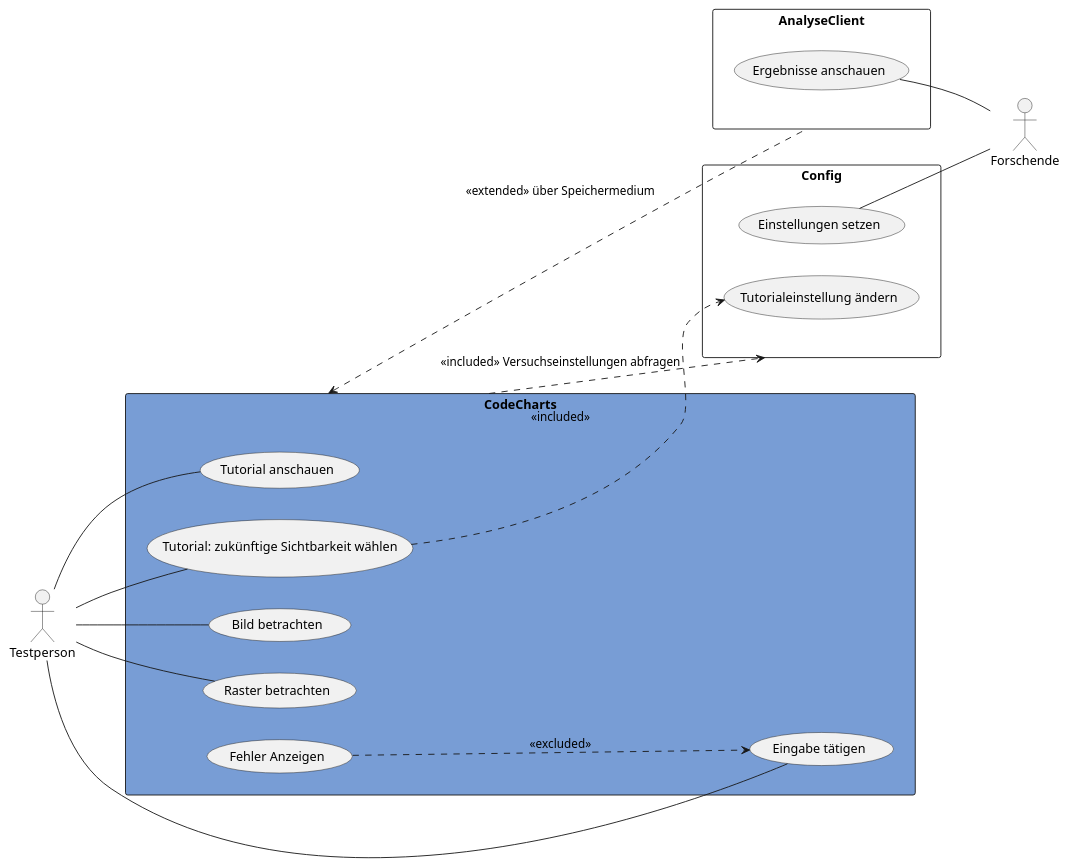
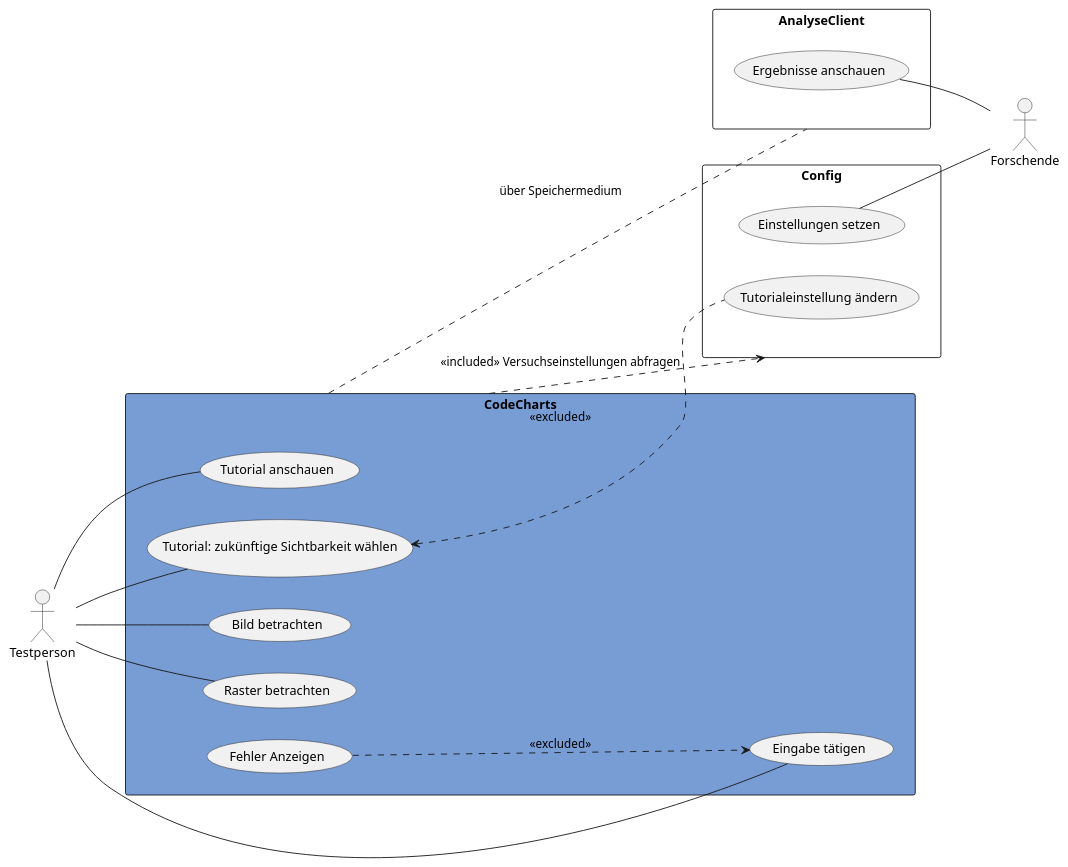
The diagram in meilenstein_05/usecase-CodeCharts/usecase-CodeCharts.puml (weichware10/meilensteine), drawn with PlantUML before and after one commit.

Commit message:
intere Aktualisiert

```diff
--- a/meilenstein_05/usecase-CodeCharts/usecase-CodeCharts.puml
+++ b/meilenstein_05/usecase-CodeCharts/usecase-CodeCharts.puml
@@ -1,43 +1,43 @@
 @startuml CodeCharts
 left to right direction
 
 actor Testperson as t
 actor Forschende as f
 
 rectangle CodeCharts as z #789dd5 {
     usecase "Tutorial anschauen" as td
     usecase "Tutorial: zukünftige Sichtbarkeit wählen" as tw
     usecase "Bild betrachten" as bb
     usecase "Raster betrachten" as rb
     usecase "Eingabe tätigen" as et
     usecase "Fehler Anzeigen" as fa
 }
 
 rectangle AnalyseClient as a {
     usecase "Ergebnisse anschauen" as ea
 }
 
 rectangle Config as c {
     usecase "Einstellungen setzen" as es
     usecase "Tutorialeinstellung ändern" as tä
 }
 
 ' Testperson
 t -- td
 t -- tw
 t -- bb
 t -- rb
 t -- et
 
 ' Forschende
 es -- f
 ea -- f
 
 ' intern
-tw ..> tä : <<included>> 
-z <.. a : <<extended>> über Speichermedium
+tw <.. tä : <<excluded>> 
+z .. a : über Speichermedium
 z ..> c : <<included>> Versuchseinstellungen abfragen
 fa ..> et : <<excluded>> 
 
 
 @enduml
```
